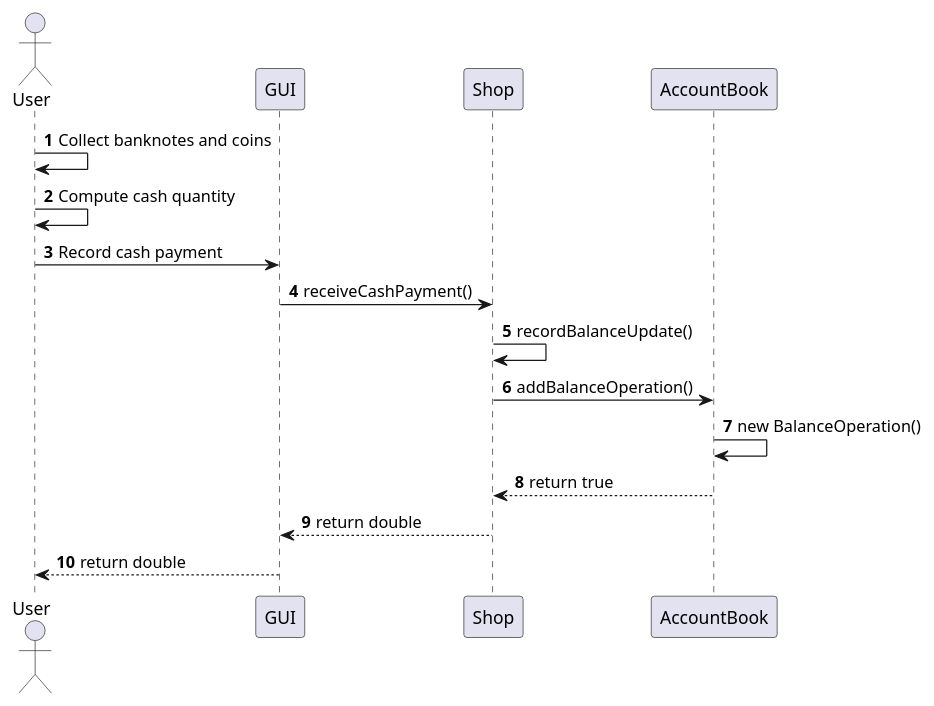
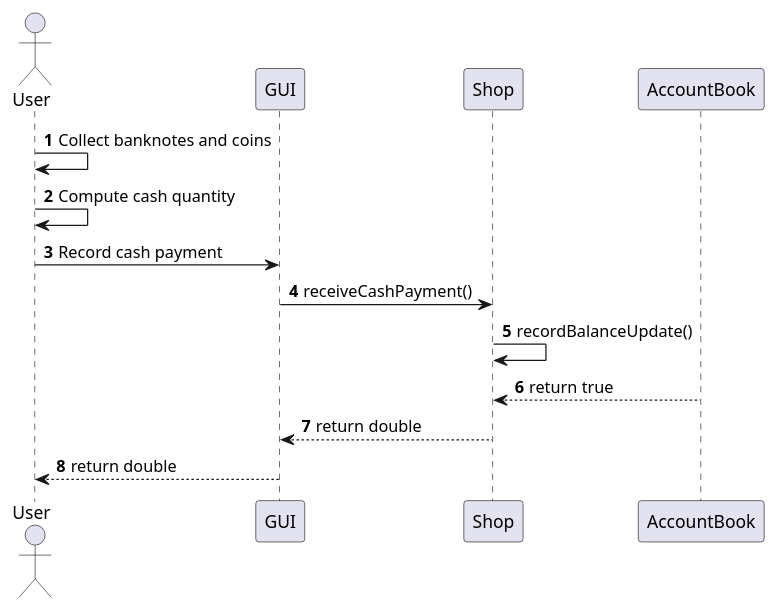
Diagram 19 of 23 in Deliverables/DesignDocument.md (Stormz4/group20-EzShop), drawn with PlantUML before and after one commit. The commit also changed other lines of this file, not shown here.

````diff
--- a/Deliverables/DesignDocument.md
+++ b/Deliverables/DesignDocument.md
@@ -710,16 +629,14 @@
 ```plantuml
 @startuml
 Actor User
 autonumber
 User -> User: Collect banknotes and coins
 User -> User: Compute cash quantity
 User -> GUI: Record cash payment
 GUI -> Shop: receiveCashPayment()
 Shop -> Shop: recordBalanceUpdate()
-Shop -> AccountBook: addBalanceOperation()
-AccountBook -> AccountBook: new BalanceOperation()
 AccountBook --> Shop: return true
 Shop --> GUI: return double
 GUI --> User: return double
 @enduml
 ```
````
